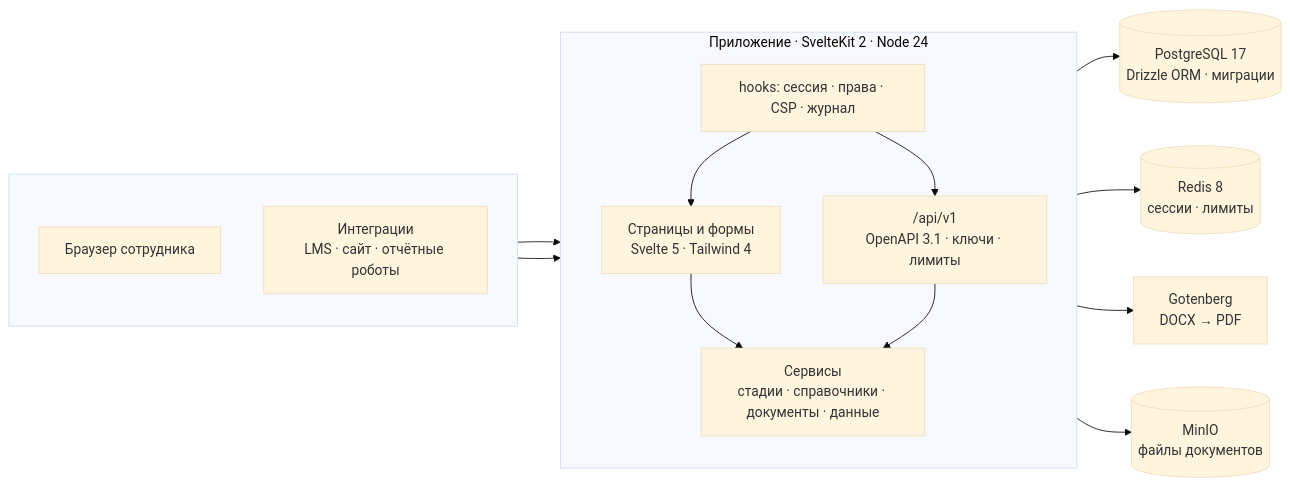
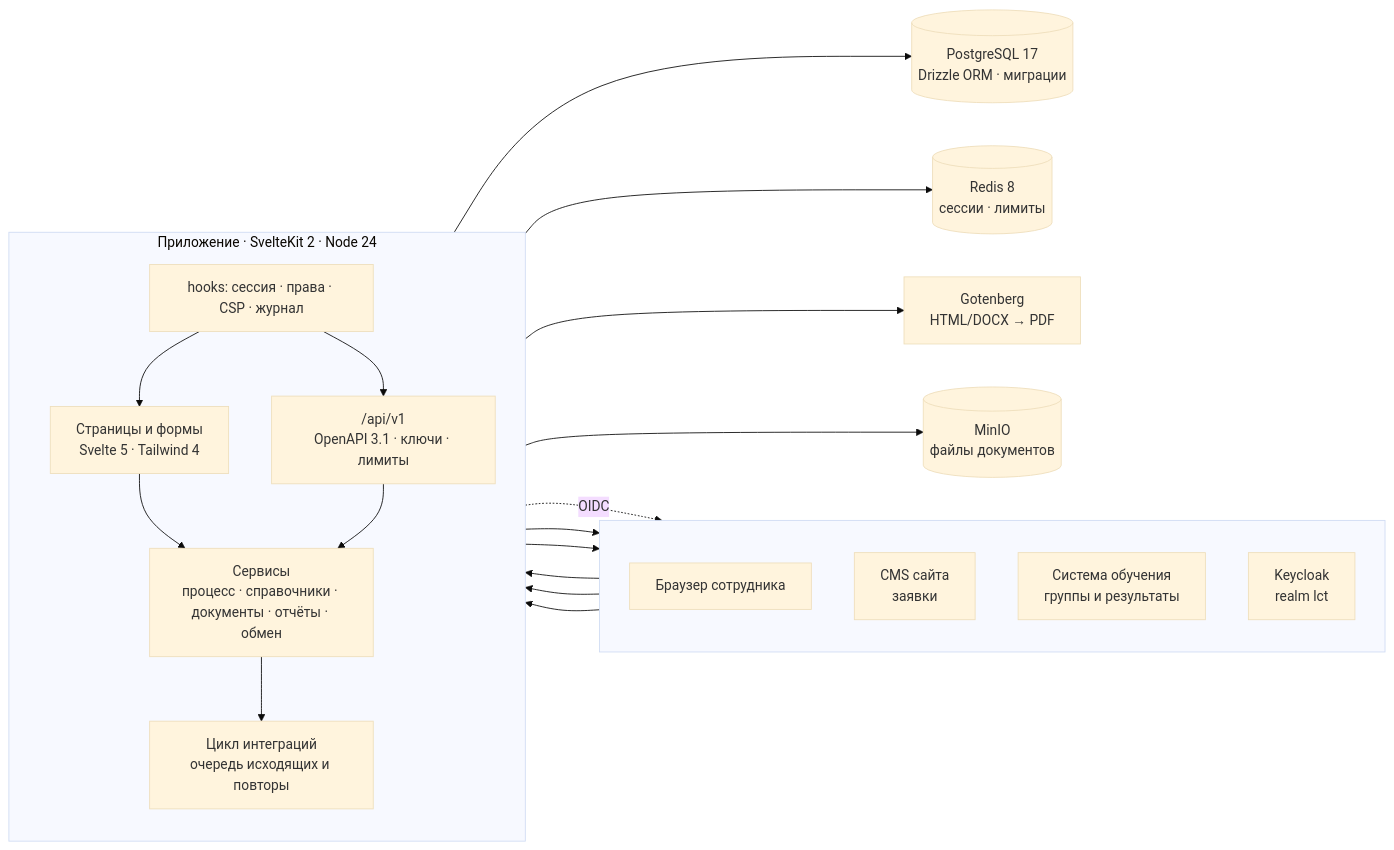
Before and after one commit to volkv/alma-crm-2026: the diagram in README.md, drawn with Mermaid (base theme). The commit also changed other lines of this file and 64 other files, not shown here.

````diff
--- a/README.md
+++ b/README.md
@@ -346,32 +290,40 @@
 ```mermaid
 flowchart LR
-    subgraph clients[" "]
+    subgraph outside[" "]
         direction TB
         B["Браузер сотрудника"]
-        I["Интеграции<br/>LMS · сайт · отчётные роботы"]
+        CMS["CMS сайта<br/>заявки"]
+        LMS["Система обучения<br/>группы и результаты"]
+        KC["Keycloak<br/>realm lct"]
     end
 
     subgraph app["Приложение · SvelteKit 2 · Node 24"]
         direction TB
         H["hooks: сессия · права · CSP · журнал"]
         UI["Страницы и формы<br/>Svelte 5 · Tailwind 4"]
         API["/api/v1<br/>OpenAPI 3.1 · ключи · лимиты"]
-        S["Сервисы<br/>стадии · справочники · документы · данные"]
+        S["Сервисы<br/>процесс · справочники · документы · отчёты · обмен"]
+        OB["Цикл интеграций<br/>очередь исходящих и повторы"]
         H --> UI
         H --> API
         UI --> S
         API --> S
+        S --> OB
     end
 
     PG[("PostgreSQL 17<br/>Drizzle ORM · миграции")]
     R[("Redis 8<br/>сессии · лимиты")]
-    G["Gotenberg<br/>DOCX → PDF"]
+    G["Gotenberg<br/>HTML/DOCX → PDF"]
     F[("MinIO<br/>файлы документов")]
 
     B --> H
-    I --> H
+    CMS --> API
+    H -.OIDC.-> KC
+    OB --> CMS
+    OB --> LMS
+    LMS --> API
     S --> PG
     S --> R
     S --> G
     S --> F
 ```
````
